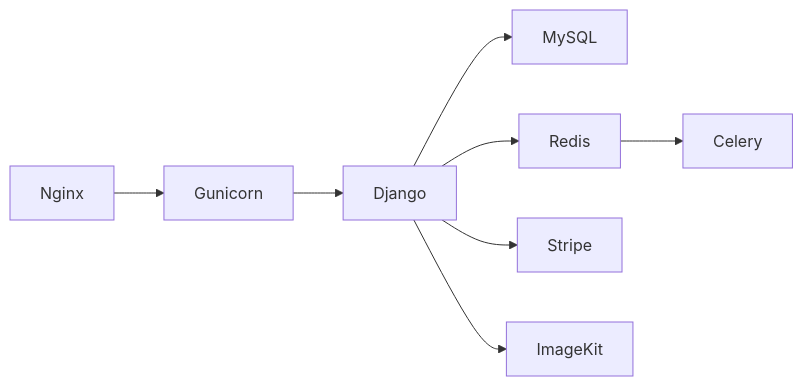
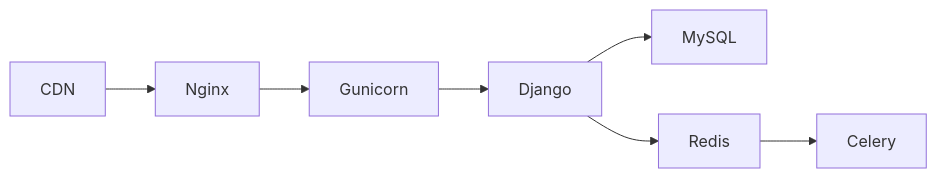
One commit to seanwhs/Tutorials changed the eighth of 8 diagrams in Full-Stack/Build-an-LMS-with-HTMX-Django.md. Above: the diagram before and after it, drawn with Mermaid. The commit also changed other lines of this file, not shown here.

````diff
--- a/Full-Stack/Build-an-LMS-with-HTMX-Django.md
+++ b/Full-Stack/Build-an-LMS-with-HTMX-Django.md
@@ -284,7 +364,5 @@
 ```mermaid
 flowchart LR
-    Nginx --> Gunicorn --> Django --> MySQL
+    CDN --> Nginx --> Gunicorn --> Django --> MySQL
     Django --> Redis --> Celery
-    Django --> Stripe
-    Django --> ImageKit
 ```
````
